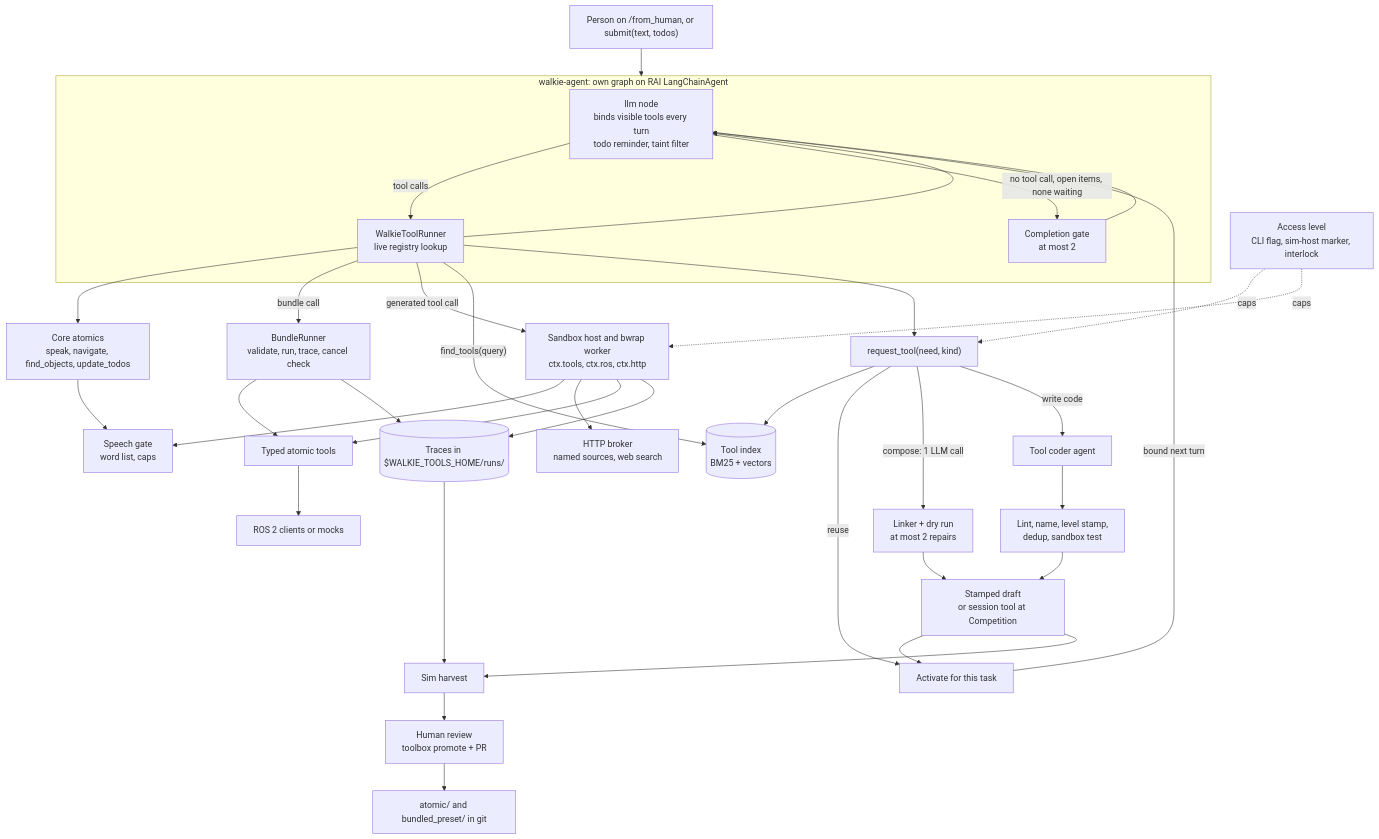
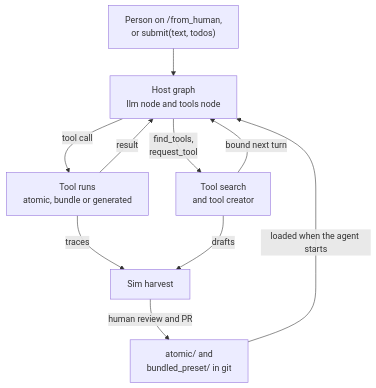
Before and after one commit to EIC-Robocup-2026/walkie-agent-ros: the first of 6 diagrams in docs/architecture/self-evolving-agent.md, drawn with Mermaid. The commit also changed other lines of this file, not shown here.

First line of the commit message:
docs: split the self-evolving agent loop diagram into an overview and three focused diagrams

````diff
--- a/docs/architecture/self-evolving-agent.md
+++ b/docs/architecture/self-evolving-agent.md
@@ -56,32 +57,12 @@
 ```mermaid
 flowchart TD
-    OP["Person on /from_human, or submit(text, todos)"] --> WA
-    subgraph WA["walkie-agent: own graph on RAI LangChainAgent"]
-        LLM["llm node<br/>binds visible tools every turn<br/>todo reminder, taint filter"] -->|tool calls| TR["WalkieToolRunner<br/>live registry lookup"]
-        TR --> LLM
-        LLM -->|"no tool call, open items, none waiting"| GATE["Completion gate<br/>at most 2"]
-        GATE --> LLM
-    end
-    LVL["Access level<br/>CLI flag, sim-host marker, interlock"] -.->|caps| RQ & HOST
-    TR --> CORE["Core atomics<br/>speak, navigate, find_objects, update_todos"]
-    TR -->|bundle call| RUN["BundleRunner<br/>validate, run, trace, cancel check"]
-    TR -->|generated tool call| HOST["Sandbox host and bwrap worker<br/>ctx.tools, ctx.ros, ctx.http"]
-    CORE & HOST --> SG["Speech gate<br/>word list, caps"]
-    HOST --> WEB["HTTP broker<br/>named sources, web search"]
-    RUN & HOST --> ATOM["Typed atomic tools"]
-    ATOM --> BE["ROS 2 clients or mocks"]
-    TR -->|"find_tools(query)"| IDX[("Tool index<br/>BM25 + vectors")]
-    TR --> RQ["request_tool(need, kind)"]
-    RQ --> IDX
-    RQ -->|reuse| ACT["Activate for this task"]
-    RQ -->|"compose: 1 LLM call"| LINK["Linker + dry run<br/>at most 2 repairs"]
-    RQ -->|write code| CODER["Tool coder agent"]
-    CODER --> LINT["Lint, name, level stamp,<br/>dedup, sandbox test"]
-    LINK & LINT --> DRAFT["Stamped draft<br/>or session tool at Competition"]
-    DRAFT --> ACT
-    ACT -->|bound next turn| LLM
-    RUN & HOST --> TRACES[("Traces in $WALKIE_TOOLS_HOME/runs/")]
-    TRACES & DRAFT --> HV["Sim harvest"]
-    HV --> HUMAN["Human review<br/>toolbox promote + PR"]
-    HUMAN --> GIT["atomic/ and bundled_preset/ in git"]
+    P["Person on /from_human,<br/>or submit(text, todos)"] --> HG["Host graph<br/>llm node and tools node"]
+    HG -->|"tool call"| RUN["Tool runs<br/>atomic, bundle or generated"]
+    RUN -->|"result"| HG
+    HG -->|"find_tools,<br/>request_tool"| NEW["Tool search<br/>and tool creator"]
+    NEW -->|"bound next turn"| HG
+    RUN -->|"traces"| HV["Sim harvest"]
+    NEW -->|"drafts"| HV
+    HV -->|"human review and PR"| GIT["atomic/ and<br/>bundled_preset/ in git"]
+    GIT -->|"loaded when the agent starts"| HG
 ```
````
